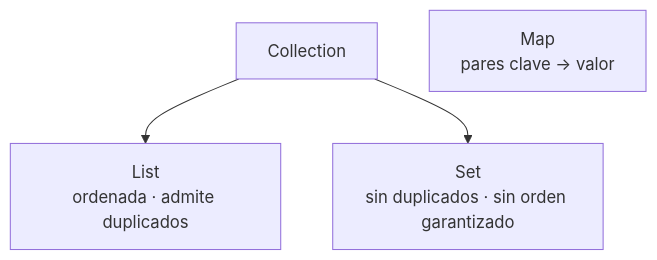
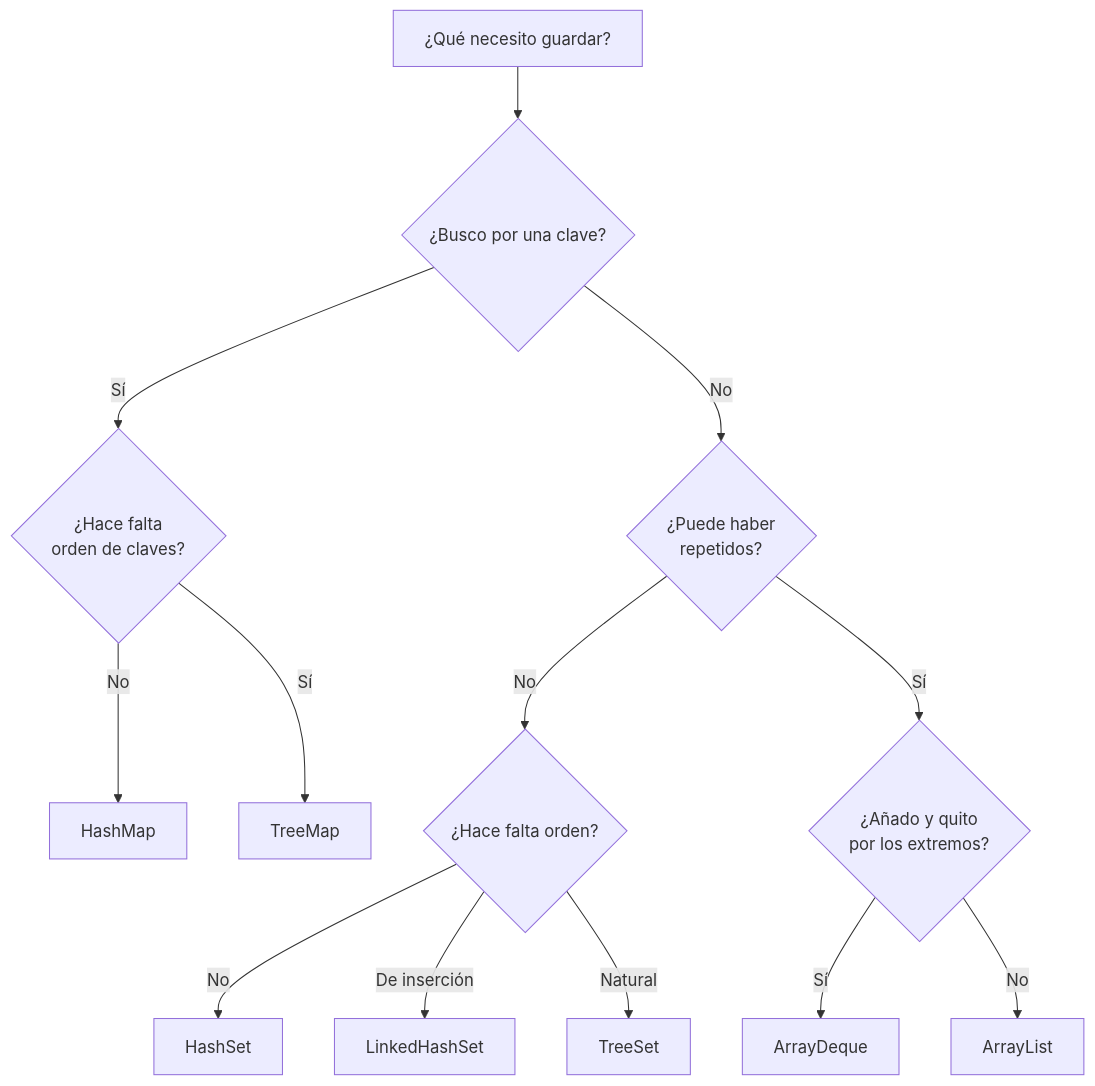
Before and after one commit to campusdevfp/dwes2627: the diagram in docs/ut2/04-colecciones-y-funcional.md, drawn with Mermaid. The commit also changed other lines of this file and 22 other files, not shown here.

````diff
--- a/docs/ut2/04-colecciones-y-funcional.md
+++ b/docs/ut2/04-colecciones-y-funcional.md
@@ -7,6 +272,15 @@
 ```mermaid
 flowchart TD
-    C["Collection"] --> L["List<br/>ordenada · admite duplicados"]
-    C --> S["Set<br/>sin duplicados · sin orden garantizado"]
-    M["Map<br/>pares clave → valor"]
+    A["¿Qué necesito guardar?"] --> B{"¿Busco por una clave?"}
+    B -->|Sí| C{"¿Hace falta<br/>orden de claves?"}
+    C -->|No| D["HashMap"]
+    C -->|Sí| E["TreeMap"]
+    B -->|No| F{"¿Puede haber<br/>repetidos?"}
+    F -->|No| G{"¿Hace falta orden?"}
+    G -->|No| H["HashSet"]
+    G -->|"De inserción"| I["LinkedHashSet"]
+    G -->|"Natural"| J["TreeSet"]
+    F -->|Sí| K{"¿Añado y quito<br/>por los extremos?"}
+    K -->|Sí| L["ArrayDeque"]
+    K -->|No| M["ArrayList"]
 ```
````
